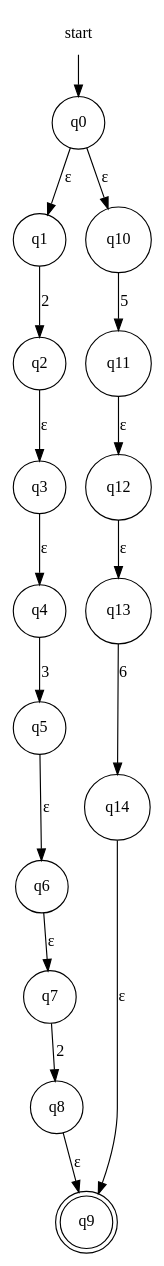
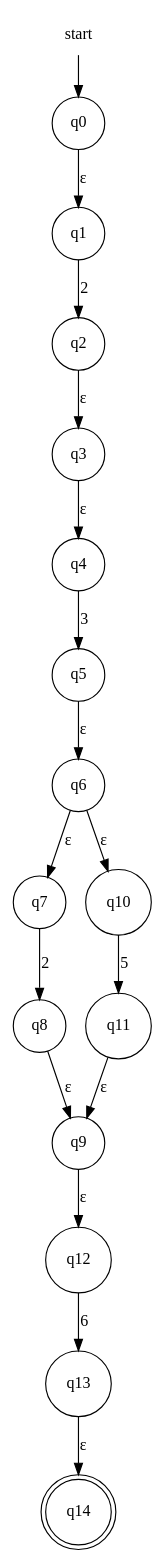
Before and after one commit to evertheylen/TA_TO: the diagram in fase1/RE-eNFA/regex_16.dot, drawn with Graphviz. The commit also changed 13 other files, not shown here.

```diff
--- a/fase1/RE-eNFA/regex_16.dot
+++ b/fase1/RE-eNFA/regex_16.dot
@@ -1,21 +1,21 @@
 digraph automaton {
     node [shape=none]; start;
-    node [shape=doublecircle]; "q9";
+    node [shape=doublecircle]; "q14";
     node [shape=circle];
     start -> "q0";
     "q0" -> "q1" [label="&epsilon;"];
-    "q0" -> "q10" [label="&epsilon;"];
     "q1" -> "q2" [label="2"];
     "q2" -> "q3" [label="&epsilon;"];
     "q3" -> "q4" [label="&epsilon;"];
     "q4" -> "q5" [label="3"];
     "q5" -> "q6" [label="&epsilon;"];
     "q6" -> "q7" [label="&epsilon;"];
+    "q6" -> "q10" [label="&epsilon;"];
     "q7" -> "q8" [label="2"];
     "q8" -> "q9" [label="&epsilon;"];
+    "q9" -> "q12" [label="&epsilon;"];
     "q10" -> "q11" [label="5"];
-    "q11" -> "q12" [label="&epsilon;"];
-    "q12" -> "q13" [label="&epsilon;"];
-    "q13" -> "q14" [label="6"];
-    "q14" -> "q9" [label="&epsilon;"];
+    "q11" -> "q9" [label="&epsilon;"];
+    "q12" -> "q13" [label="6"];
+    "q13" -> "q14" [label="&epsilon;"];
 }
```
